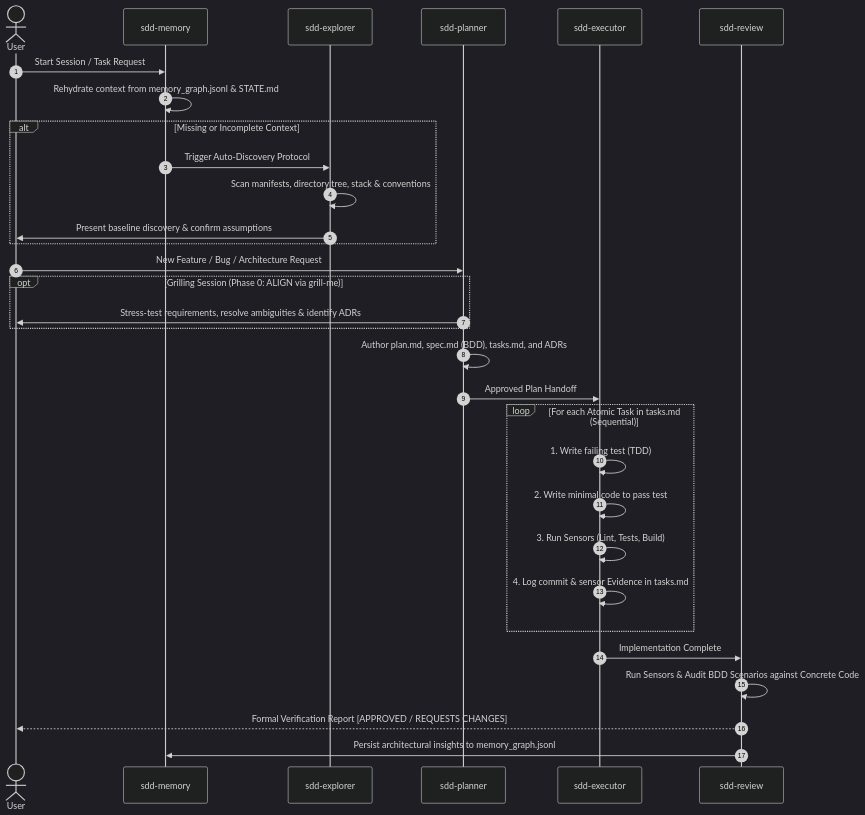
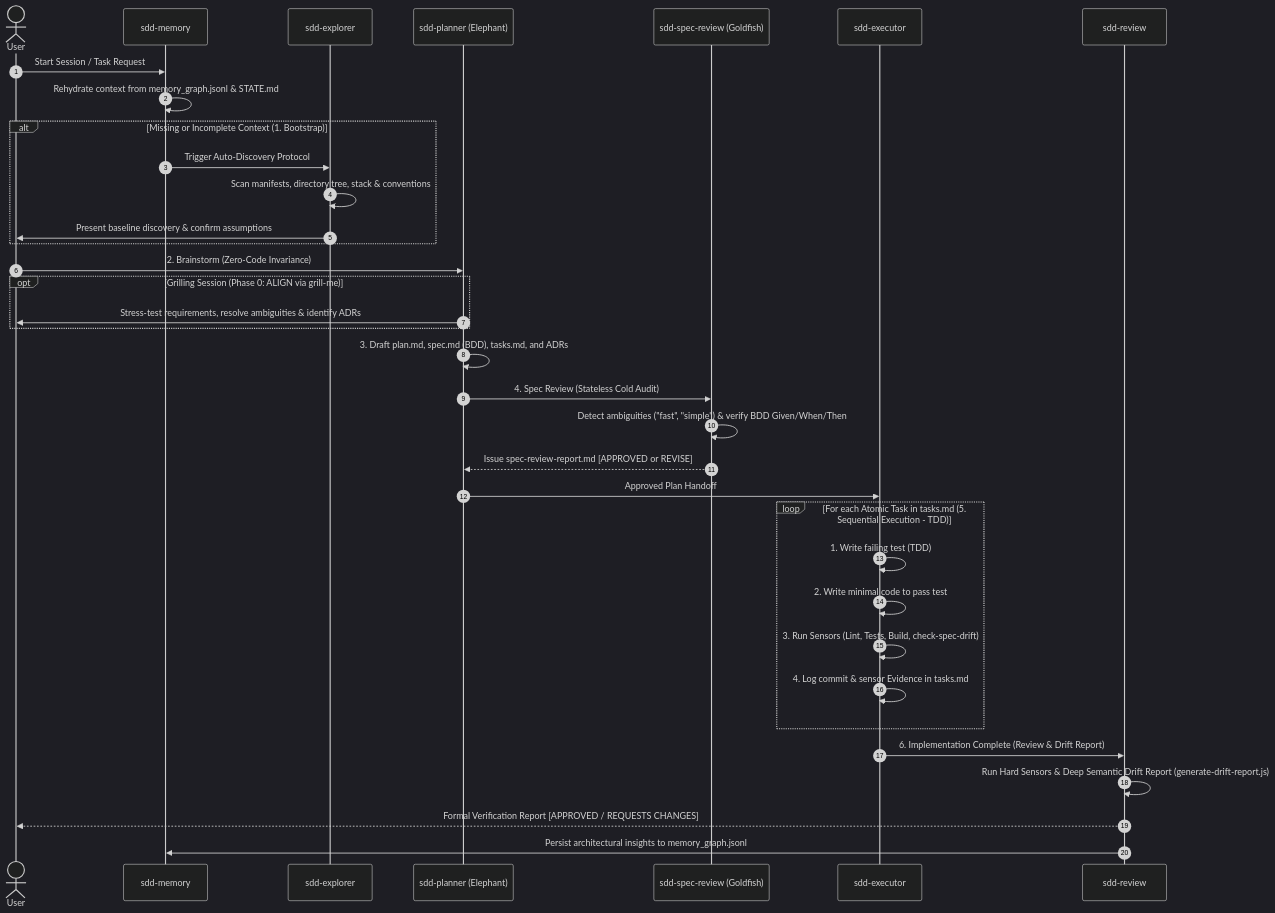
Before and after one commit to KlebersonCollab/ai-sdd-framework: the third of 3 diagrams in README.md, drawn with Mermaid (dark theme). The commit also changed other lines of this file, not shown here.

Commit message:
docs: enrich README with EGM lifecycle, Goldfish spec review, and semantic drift engine

````diff
--- a/README.md
+++ b/README.md
@@ -105,38 +105,43 @@
 ```mermaid
 sequenceDiagram
     autonumber
     actor User
     participant Memory as sdd-memory
     participant Explorer as sdd-explorer
-    participant Planner as sdd-planner
+    participant Planner as sdd-planner (Elephant)
+    participant Goldfish as sdd-spec-review (Goldfish)
     participant Executor as sdd-executor
     participant Reviewer as sdd-review
 
     User->>Memory: Start Session / Task Request
     Memory->>Memory: Rehydrate context from memory_graph.jsonl & STATE.md
     
-    alt Missing or Incomplete Context
+    alt Missing or Incomplete Context (1. Bootstrap)
         Memory->>Explorer: Trigger Auto-Discovery Protocol
         Explorer->>Explorer: Scan manifests, directory tree, stack & conventions
         Explorer->>User: Present baseline discovery & confirm assumptions
     end
 
-    User->>Planner: New Feature / Bug / Architecture Request
+    User->>Planner: 2. Brainstorm (Zero-Code Invariance)
     opt Grilling Session (Phase 0: ALIGN via grill-me)
         Planner->>User: Stress-test requirements, resolve ambiguities & identify ADRs
     end
-    Planner->>Planner: Author plan.md, spec.md (BDD), tasks.md, and ADRs
+    Planner->>Planner: 3. Draft plan.md, spec.md (BDD), tasks.md, and ADRs
+
+    Planner->>Goldfish: 4. Spec Review (Stateless Cold Audit)
+    Goldfish->>Goldfish: Detect ambiguities ("fast", "simple") & verify BDD Given/When/Then
+    Goldfish-->>Planner: Issue spec-review-report.md [APPROVED or REVISE]
 
     Planner->>Executor: Approved Plan Handoff
-    loop For each Atomic Task in tasks.md (Sequential)
+    loop For each Atomic Task in tasks.md (5. Sequential Execution - TDD)
         Executor->>Executor: 1. Write failing test (TDD)
         Executor->>Executor: 2. Write minimal code to pass test
-        Executor->>Executor: 3. Run Sensors (Lint, Tests, Build)
+        Executor->>Executor: 3. Run Sensors (Lint, Tests, Build, check-spec-drift)
         Executor->>Executor: 4. Log commit & sensor Evidence in tasks.md
     end
 
-    Executor->>Reviewer: Implementation Complete
-    Reviewer->>Reviewer: Run Sensors & Audit BDD Scenarios against Concrete Code
+    Executor->>Reviewer: 6. Implementation Complete (Review & Drift Report)
+    Reviewer->>Reviewer: Run Hard Sensors & Deep Semantic Drift Report (generate-drift-report.js)
     Reviewer-->>User: Formal Verification Report [APPROVED / REQUESTS CHANGES]
     Reviewer->>Memory: Persist architectural insights to memory_graph.jsonl
 ```
````
